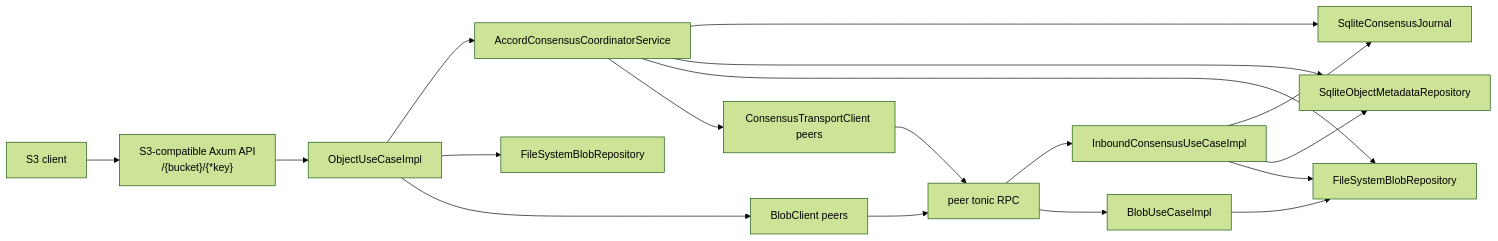
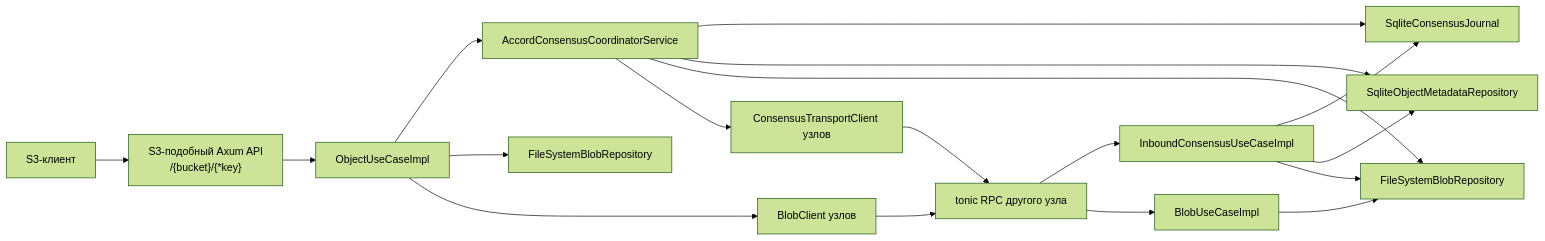
One commit to Bromles/so3 changed the second of 5 diagrams in docs/architecture.md. Above: the diagram before and after it, drawn with Mermaid (forest theme). The commit also changed other lines of this file and 6 other files, not shown here.

````diff
--- a/docs/architecture.md
+++ b/docs/architecture.md
@@ -21,20 +23,20 @@
 ```mermaid
 flowchart LR
-    client["S3 client"] --> http["S3-compatible Axum API\n/{bucket}/{*key}"]
+    client["S3-клиент"] --> http["S3-подобный Axum API\n/{bucket}/{*key}"]
     http --> object_uc["ObjectUseCaseImpl"]
     object_uc --> coordinator["AccordConsensusCoordinatorService"]
     object_uc --> local_blob["FileSystemBlobRepository"]
-    object_uc --> blob_peers["BlobClient peers"]
+    object_uc --> blob_peers["BlobClient узлов"]
     coordinator --> journal["SqliteConsensusJournal"]
     coordinator --> metadata["SqliteObjectMetadataRepository"]
     coordinator --> blob_repo["FileSystemBlobRepository"]
-    coordinator --> consensus_peers["ConsensusTransportClient peers"]
-    consensus_peers --> rpc["peer tonic RPC"]
+    coordinator --> consensus_peers["ConsensusTransportClient узлов"]
+    consensus_peers --> rpc["tonic RPC другого узла"]
     blob_peers --> rpc
     rpc --> inbound["InboundConsensusUseCaseImpl"]
     rpc --> blob_uc["BlobUseCaseImpl"]
     inbound --> journal
     inbound --> metadata
     inbound --> blob_repo
     blob_uc --> blob_repo
 ```
````
